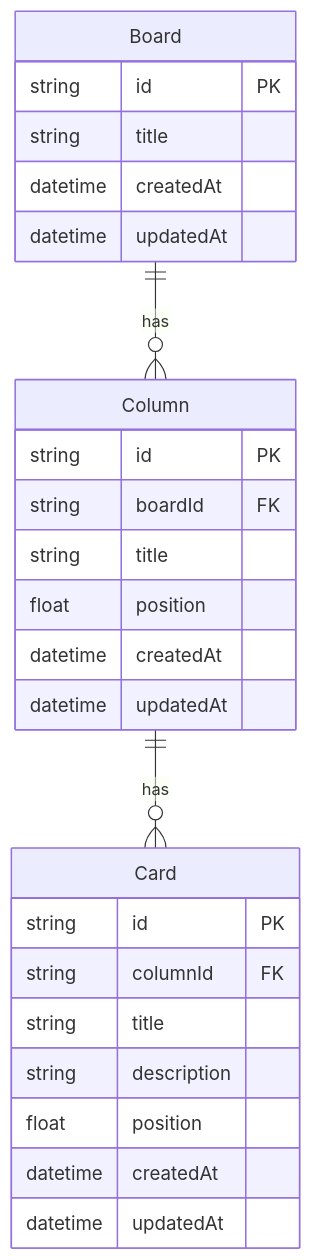
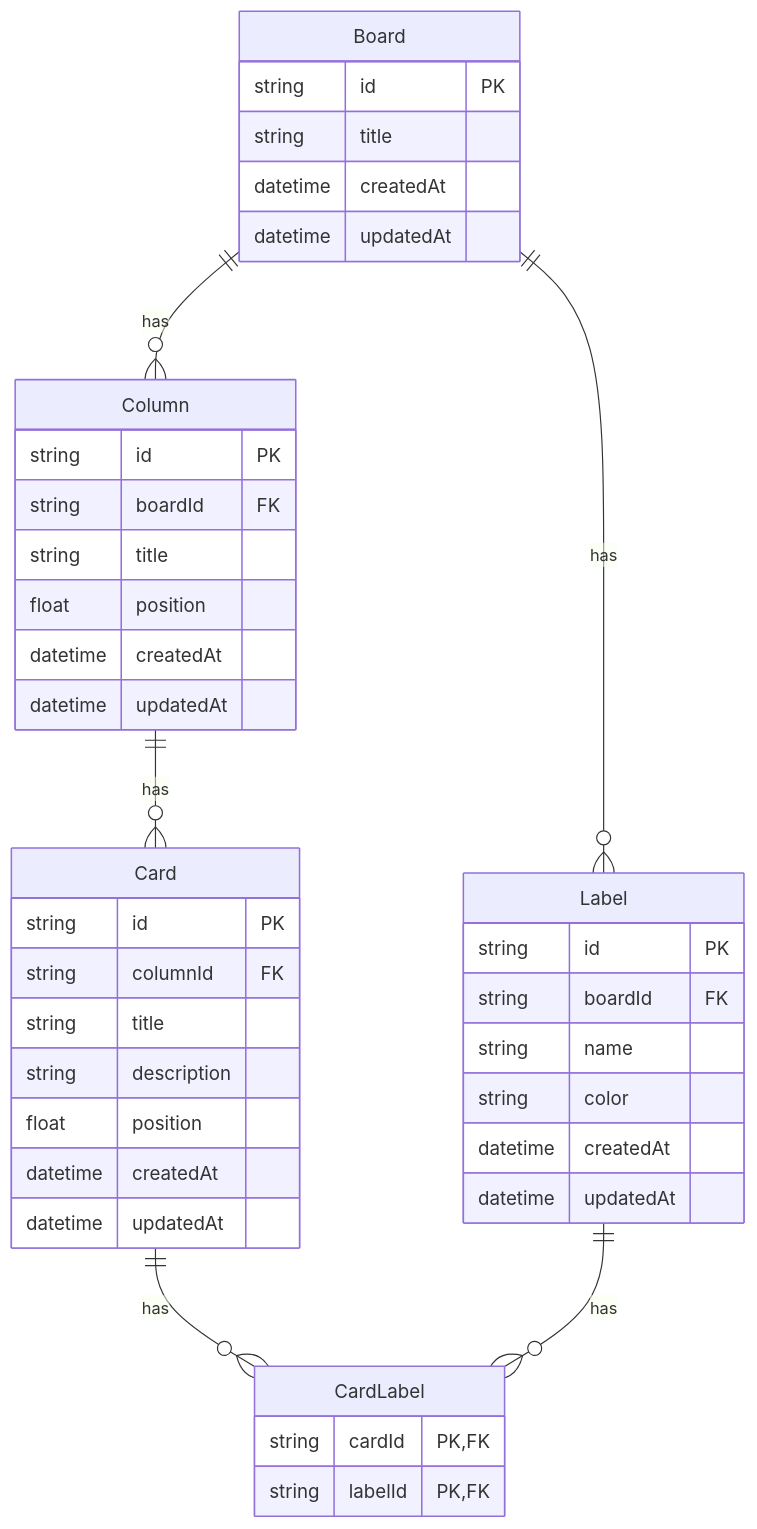
One commit to kiyohara1021/kanban-board changed the diagram in docs/02-data-model.md. Above: the diagram before and after it, drawn with Mermaid. The commit also changed other lines of this file and 41 other files, not shown here.

````diff
--- a/docs/02-data-model.md
+++ b/docs/02-data-model.md
@@ -5,29 +5,44 @@
 ```mermaid
 erDiagram
   Board ||--o{ Column : has
   Column ||--o{ Card : has
+  Board ||--o{ Label : has
+  Card ||--o{ CardLabel : has
+  Label ||--o{ CardLabel : has
 
   Board {
     string id PK
     string title
     datetime createdAt
     datetime updatedAt
   }
   Column {
     string id PK
     string boardId FK
     string title
     float position
     datetime createdAt
     datetime updatedAt
   }
   Card {
     string id PK
     string columnId FK
     string title
     string description
     float position
     datetime createdAt
     datetime updatedAt
   }
+  Label {
+    string id PK
+    string boardId FK
+    string name
+    string color
+    datetime createdAt
+    datetime updatedAt
+  }
+  CardLabel {
+    string cardId PK, FK
+    string labelId PK, FK
+  }
 ```
````
